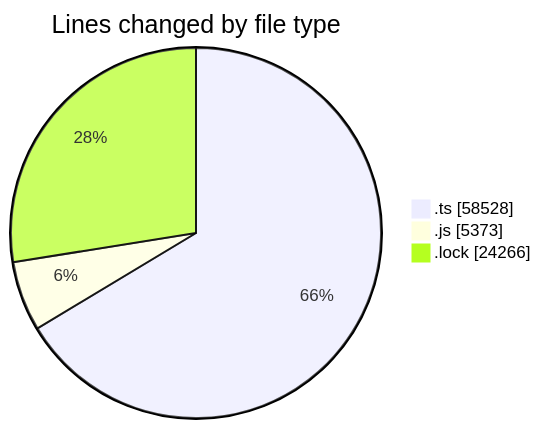
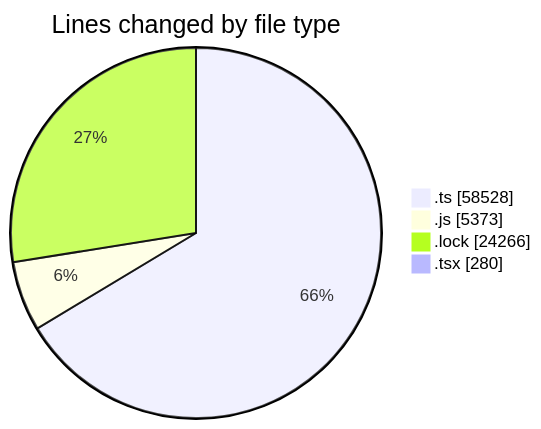
The first of 2 diagrams in 2025-08-14/cda/README.md (momahboobian/code-tracking), drawn with Mermaid before and after one commit. The commit also changed other lines of this file and 1 other file, not shown here.

````diff
--- a/2025-08-14/cda/README.md
+++ b/2025-08-14/cda/README.md
@@ -33,7 +34,8 @@
 ```mermaid
 pie showData
 title Lines changed by file type
 ".ts" : 58528
 ".js" : 5373
 ".lock" : 24266
+".tsx" : 280
 ```
````
